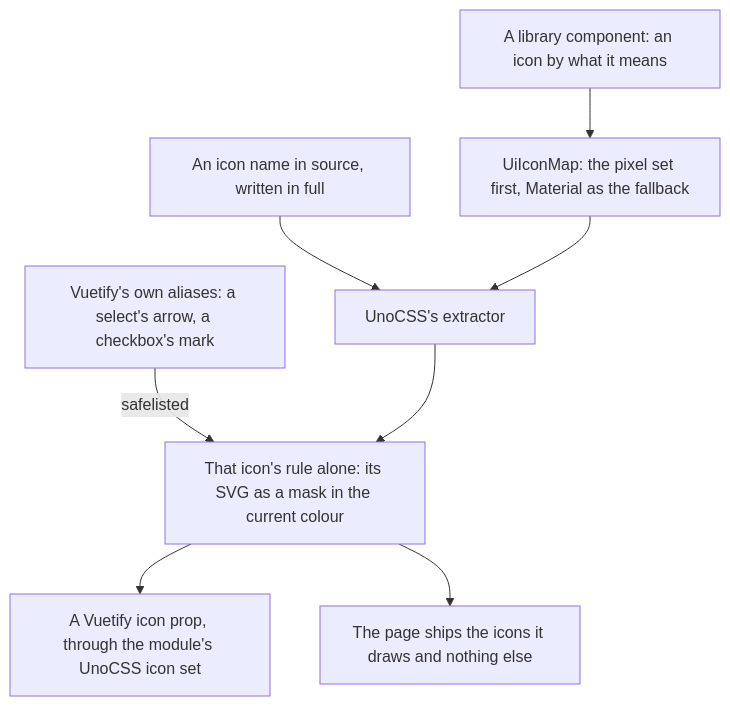
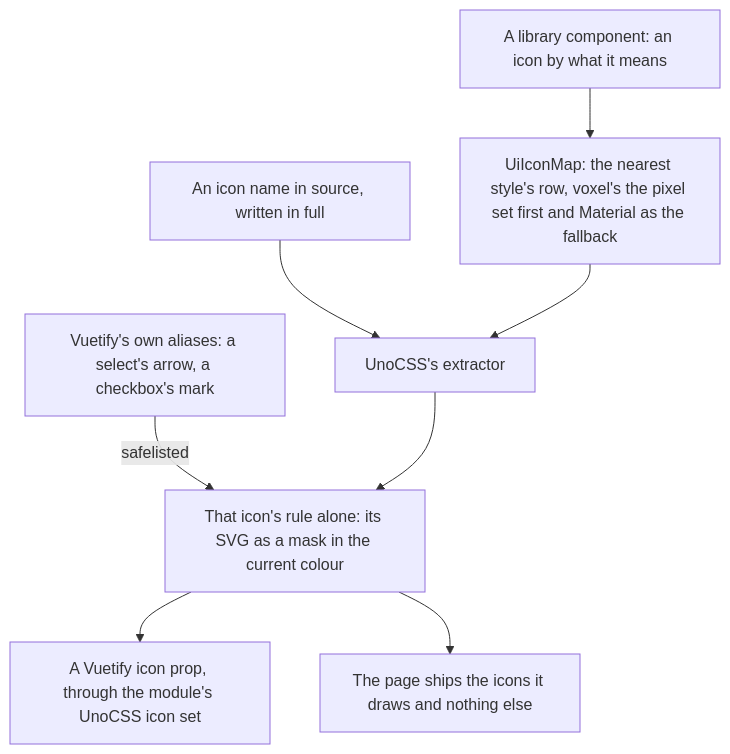
One commit to Esposter/Esposter changed the third of 8 diagrams in apps/web/content/docs/architecture/ui-library.md. Above: the diagram before and after it, drawn with Mermaid. The commit also changed other lines of this file and 24 other files, not shown here.

````diff
--- a/apps/web/content/docs/architecture/ui-library.md
+++ b/apps/web/content/docs/architecture/ui-library.md
@@ -58,10 +62,10 @@
 ```mermaid
 flowchart TD
   S[An icon name in source, written in full] --> X[UnoCSS's extractor]
   A[Vuetify's own aliases: a select's arrow, a checkbox's mark] -->|safelisted| G
   X --> G[That icon's rule alone: its SVG as a mask in the current colour]
-  L[A library component: an icon by what it means] --> M[UiIconMap: the pixel set first, Material as the fallback]
+  L[A library component: an icon by what it means] --> M[UiIconMap: the nearest style's row, voxel's the pixel set first and Material as the fallback]
   M --> X
   G --> V[A Vuetify icon prop, through the module's UnoCSS icon set]
   G --> P[The page ships the icons it draws and nothing else]
 ```
````
